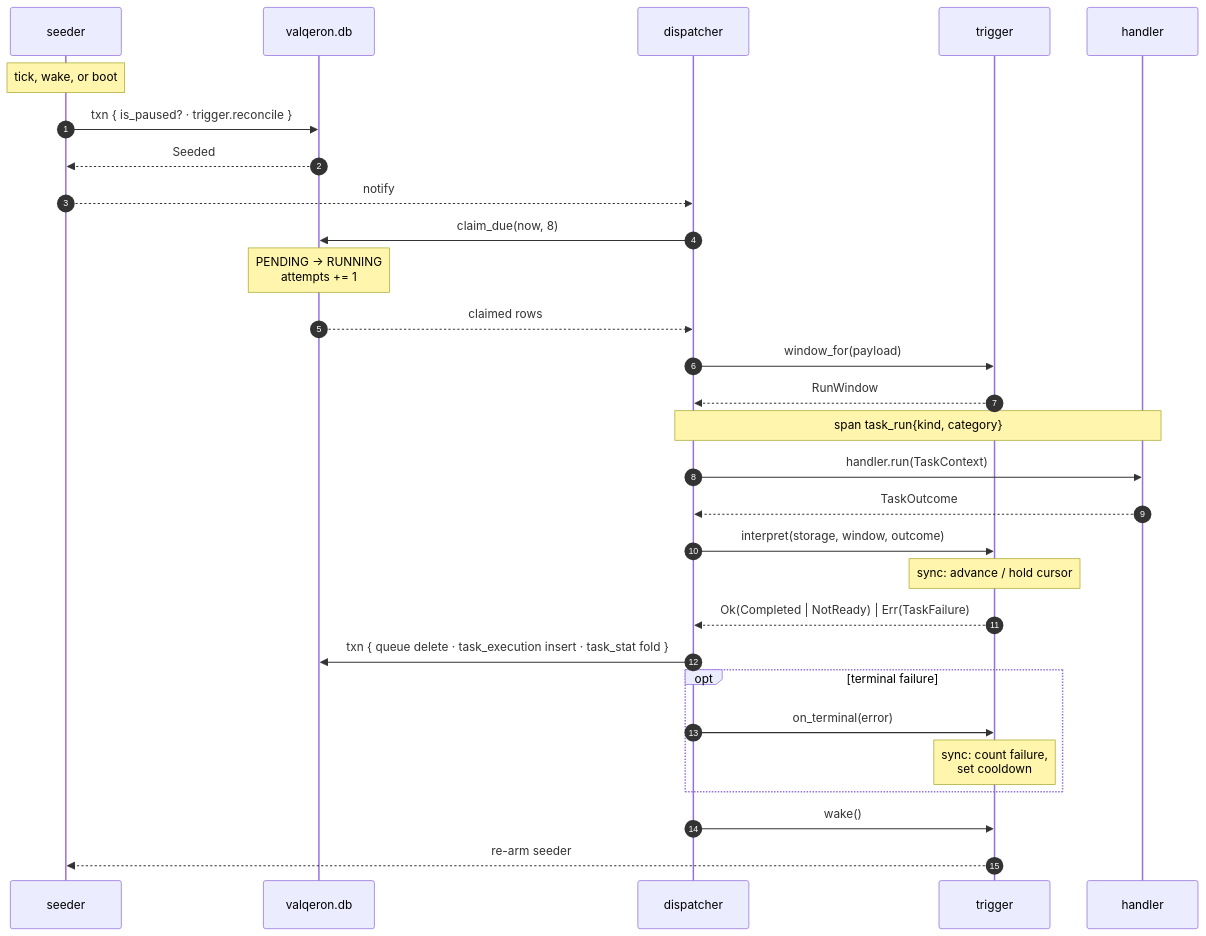
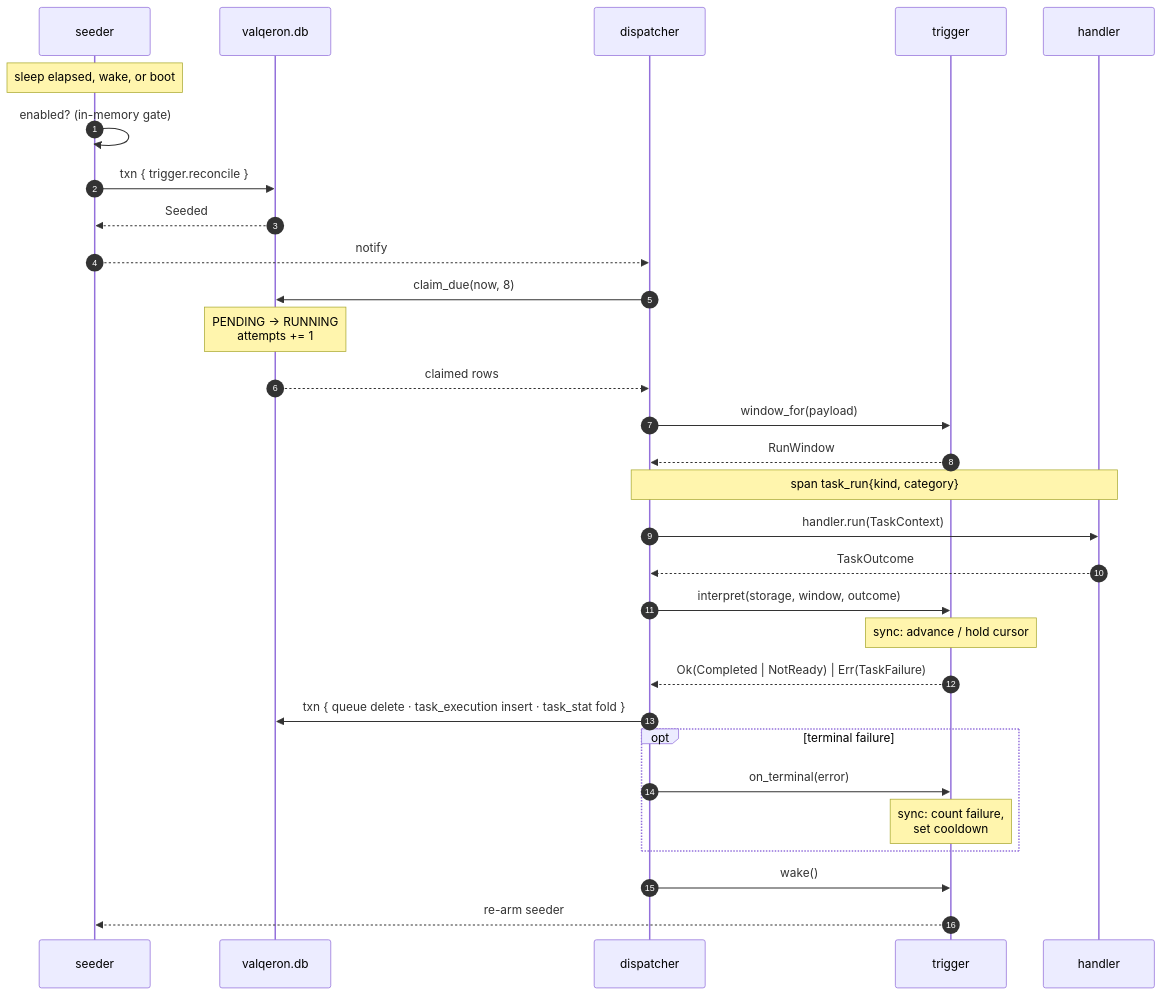
The third of 4 diagrams in docs/src/tasks/architecture.md (lpfmongo/valqeron), drawn with Mermaid before and after one commit. The commit also changed other lines of this file and 48 other files, not shown here.

````diff
--- a/docs/src/tasks/architecture.md
+++ b/docs/src/tasks/architecture.md
@@ -242,36 +265,37 @@
 ```mermaid
 sequenceDiagram
     autonumber
     participant S as seeder
     participant DB as valqeron.db
     participant D as dispatcher
     participant T as trigger
     participant H as handler
 
-    Note over S: tick, wake, or boot
-    S->>DB: txn { is_paused? · trigger.reconcile }
+    Note over S: sleep elapsed, wake, or boot
+    S->>S: enabled? (in-memory gate)
+    S->>DB: txn { trigger.reconcile }
     DB-->>S: Seeded
     S-->>D: notify
 
     D->>DB: claim_due(now, 8)
     Note over DB: PENDING → RUNNING<br/>attempts += 1
     DB-->>D: claimed rows
 
     D->>T: window_for(payload)
     T-->>D: RunWindow
     Note over D,H: span task_run{kind, category}
     D->>H: handler.run(TaskContext)
     H-->>D: TaskOutcome
 
     D->>T: interpret(storage, window, outcome)
     Note over T: sync: advance / hold cursor
     T-->>D: Ok(Completed | NotReady) | Err(TaskFailure)
 
     D->>DB: txn { queue delete · task_execution insert · task_stat fold }
     opt terminal failure
         D->>T: on_terminal(error)
         Note over T: sync: count failure,<br/>set cooldown
     end
     D->>T: wake()
     T-->>S: re-arm seeder
 ```
````
